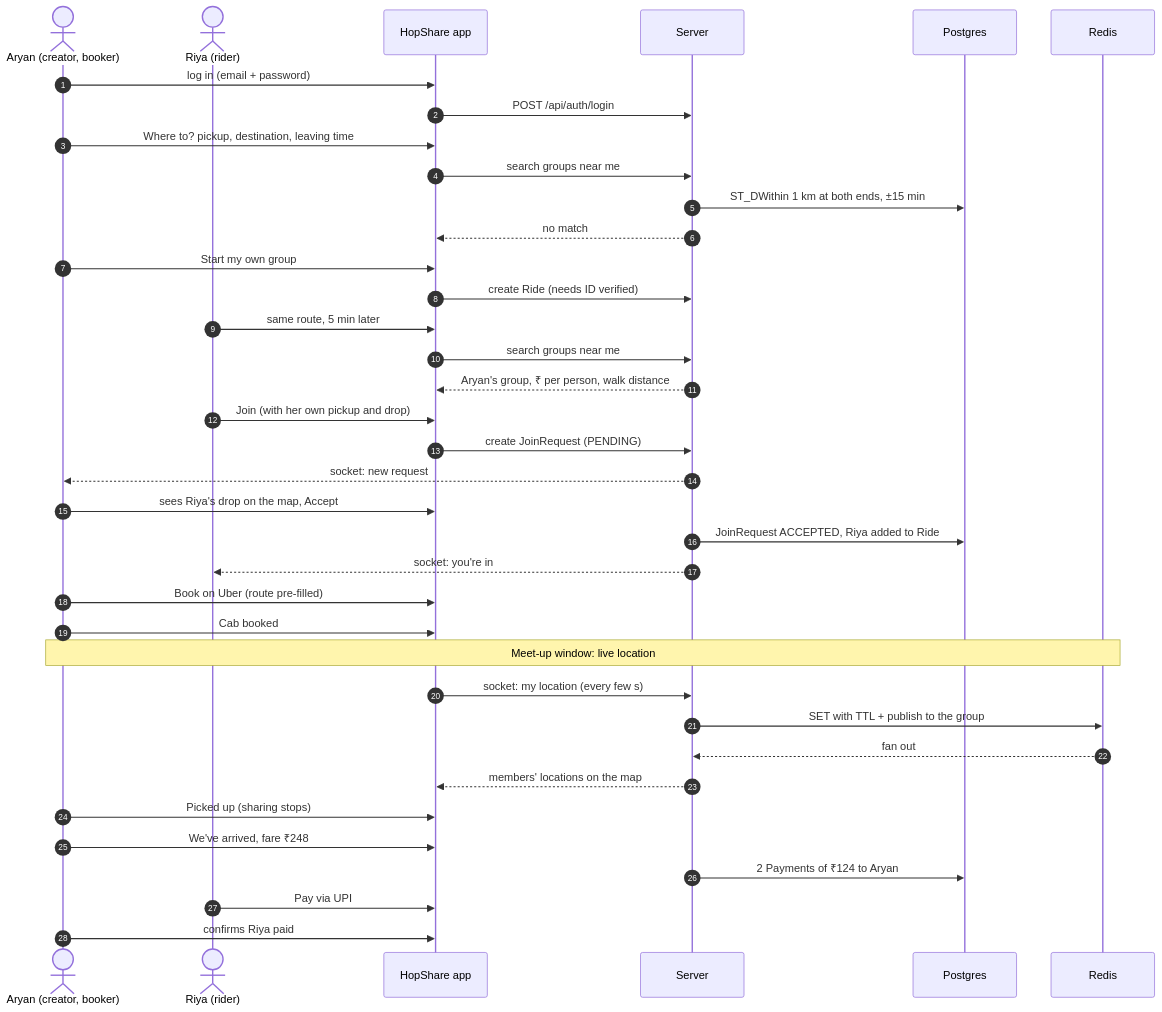
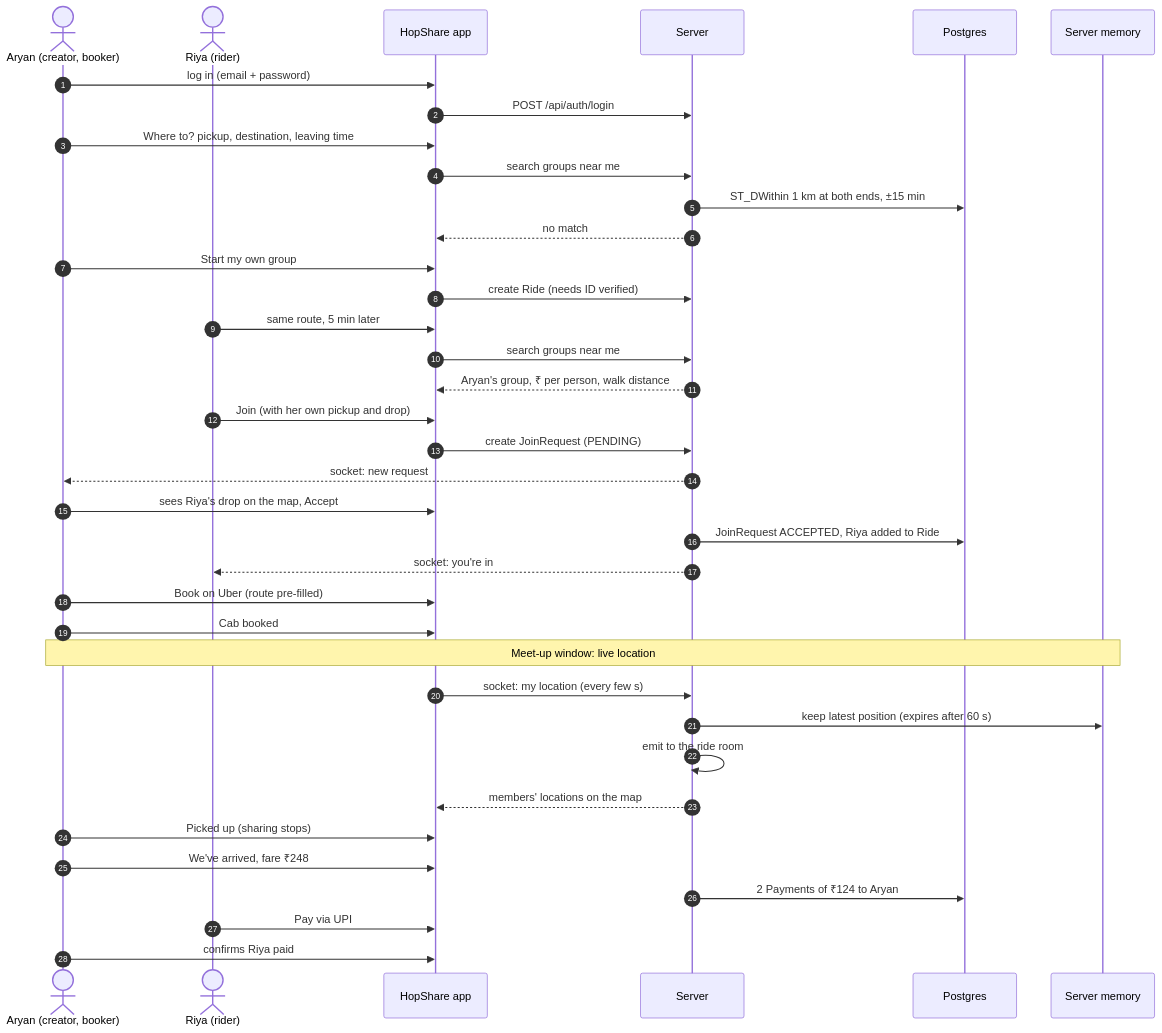
The second of 15 diagrams in README.md (yatinsingh2007/HopShare), drawn with Mermaid before and after one commit. The commit also changed other lines of this file, not shown here.

Commit message:
docs: one server with live state in memory, Redis only when scaling

````diff
--- a/README.md
+++ b/README.md
@@ -131,42 +132,42 @@
 ```mermaid
 sequenceDiagram
     autonumber
     actor A as Aryan (creator, booker)
     actor R as Riya (rider)
     participant App as HopShare app
     participant API as Server
     participant DB as Postgres
-    participant RS as Redis
+    participant RS as Server memory
 
     A->>App: log in (email + password)
     App->>API: POST /api/auth/login
     A->>App: Where to? pickup, destination, leaving time
     App->>API: search groups near me
     API->>DB: ST_DWithin 1 km at both ends, ±15 min
     API-->>App: no match
     A->>App: Start my own group
     App->>API: create Ride (needs ID verified)
 
     R->>App: same route, 5 min later
     App->>API: search groups near me
     API-->>App: Aryan's group, ₹ per person, walk distance
     R->>App: Join (with her own pickup and drop)
     App->>API: create JoinRequest (PENDING)
     API-->>A: socket: new request
     A->>App: sees Riya's drop on the map, Accept
     API->>DB: JoinRequest ACCEPTED, Riya added to Ride
     API-->>R: socket: you're in
 
     A->>App: Book on Uber (route pre-filled)
     A->>App: Cab booked
     Note over A,RS: Meet-up window: live location
     App->>API: socket: my location (every few s)
-    API->>RS: SET with TTL + publish to the group
-    RS-->>API: fan out
+    API->>RS: keep latest position (expires after 60 s)
+    API->>API: emit to the ride room
     API-->>App: members' locations on the map
     A->>App: Picked up (sharing stops)
     A->>App: We've arrived, fare ₹248
     API->>DB: 2 Payments of ₹124 to Aryan
     R->>App: Pay via UPI
     A->>App: confirms Riya paid
 ```
````
